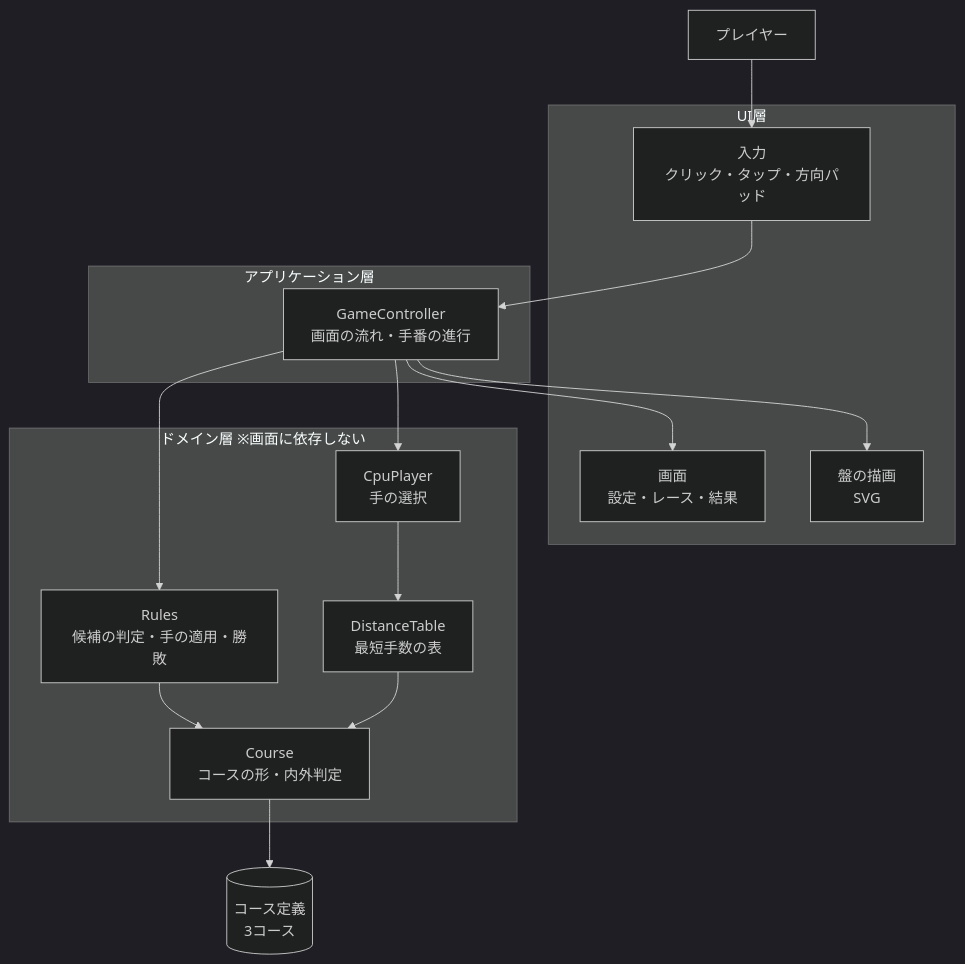
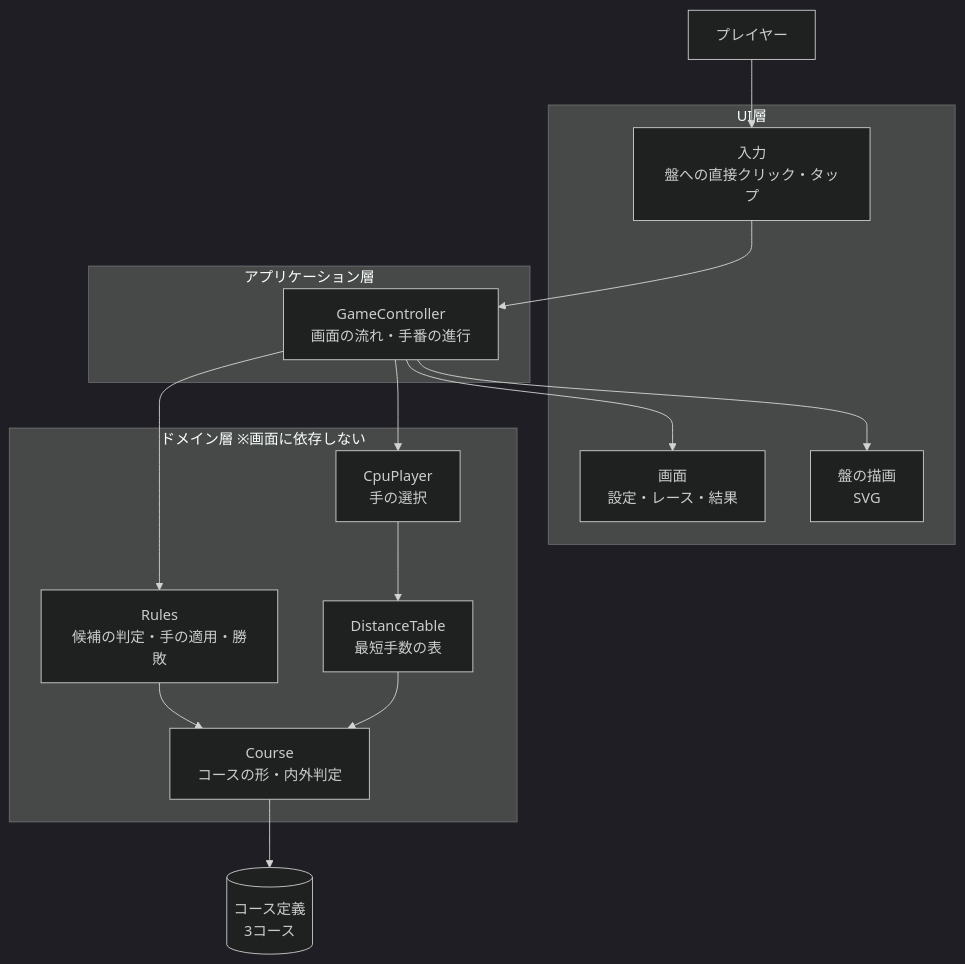
The first of 5 diagrams in docs/functional-design.md (nogawa-asase/race-track), drawn with Mermaid (dark theme) before and after one commit. The commit also changed other lines of this file, not shown here.

````diff
--- a/docs/functional-design.md
+++ b/docs/functional-design.md
@@ -9,34 +9,34 @@
 ```mermaid
 graph TB
     User[プレイヤー]
 
     subgraph UI[UI層]
         Screens[画面<br/>設定・レース・結果]
         BoardView[盤の描画<br/>SVG]
-        Input[入力<br/>クリック・タップ・方向パッド]
+        Input[入力<br/>盤への直接クリック・タップ]
     end
 
     subgraph App[アプリケーション層]
         Controller[GameController<br/>画面の流れ・手番の進行]
     end
 
     subgraph Domain[ドメイン層 ※画面に依存しない]
         Rules[Rules<br/>候補の判定・手の適用・勝敗]
         Course[Course<br/>コースの形・内外判定]
         CPU[CpuPlayer<br/>手の選択]
         Table[DistanceTable<br/>最短手数の表]
     end
 
     CourseData[(コース定義<br/>3コース)]
 
     User --> Input
     Input --> Controller
     Controller --> Screens
     Controller --> BoardView
     Controller --> Rules
     Controller --> CPU
     Rules --> Course
     CPU --> Table
     Table --> Course
     Course --> CourseData
 ```
````
